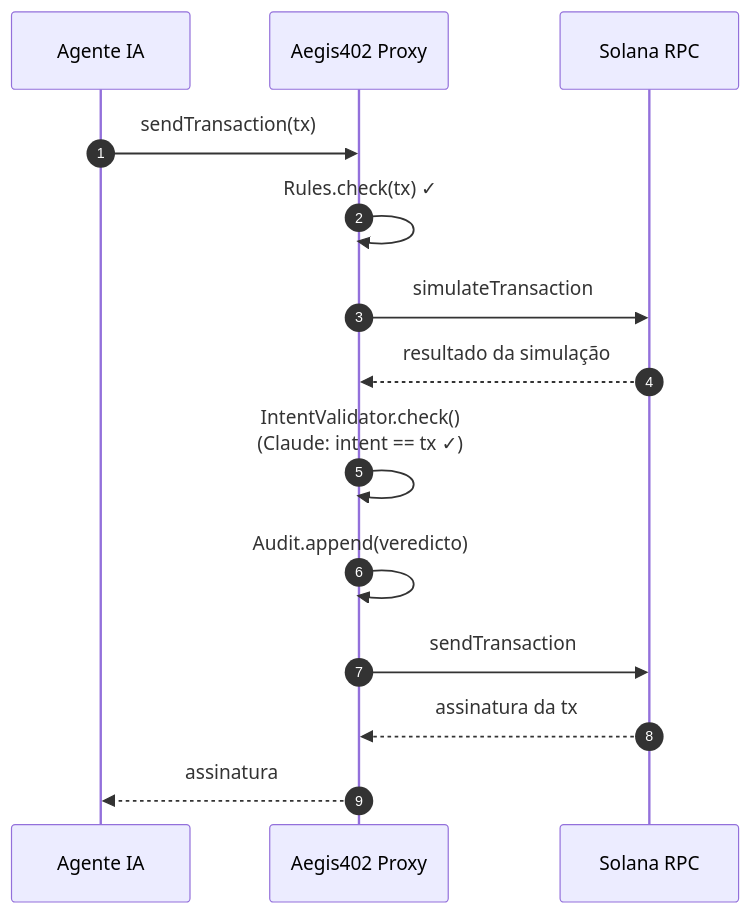
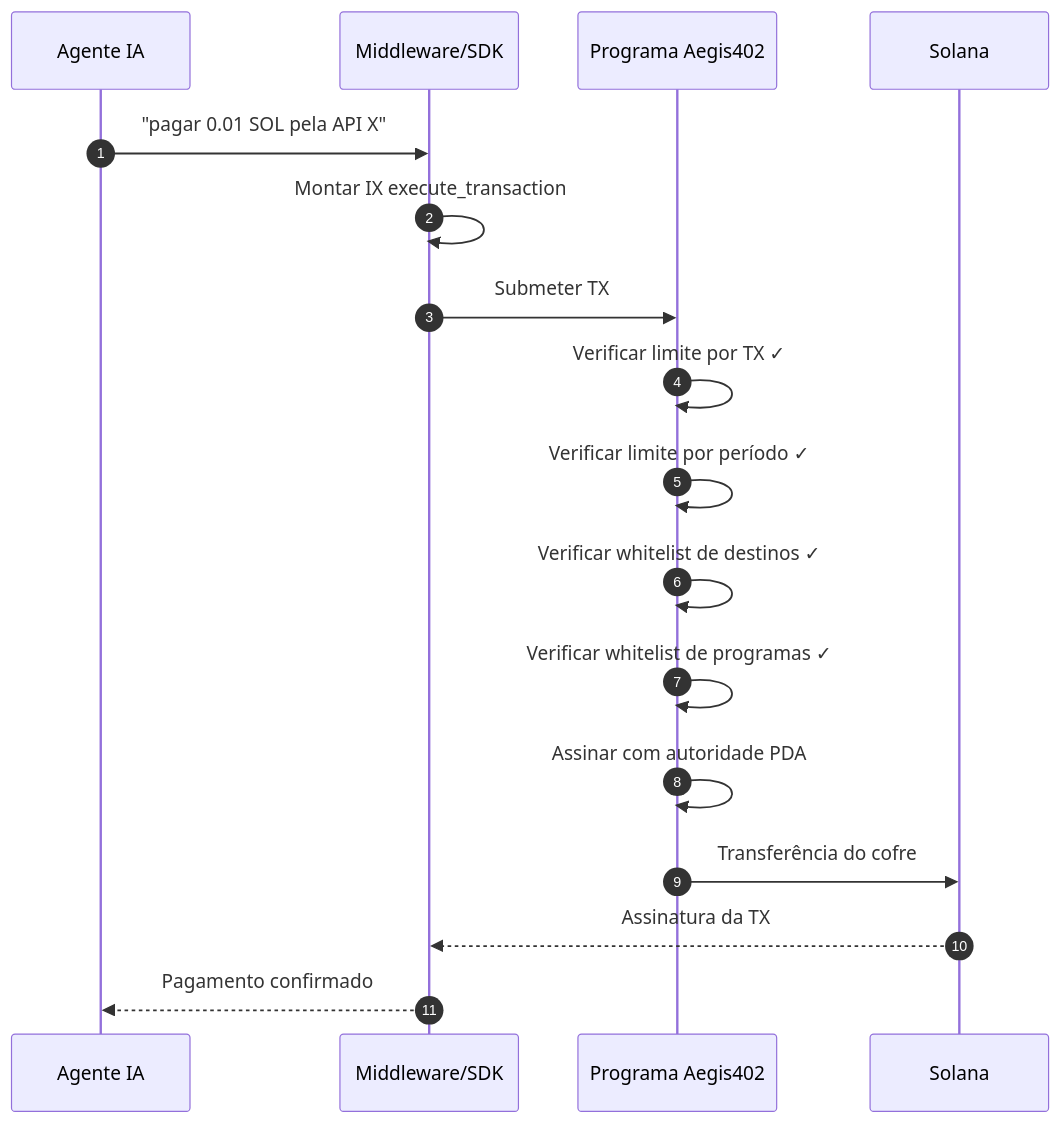
Before and after one commit to mvcavalheirojr/aegis402: the second of 3 diagrams in docs/ARCHITECTURE.pt-BR.md, drawn with Mermaid. The commit also changed other lines of this file and 5 other files, not shown here.

First line of the commit message:
docs: pivot architecture to on-chain PDA vaults with Anchor

````diff
--- a/docs/ARCHITECTURE.pt-BR.md
+++ b/docs/ARCHITECTURE.pt-BR.md
@@ -67,17 +95,20 @@
 ```mermaid
 sequenceDiagram
     autonumber
     participant A as Agente IA
-    participant X as Aegis402 Proxy
-    participant S as Solana RPC
+    participant M as Middleware/SDK
+    participant P as Programa Aegis402
+    participant S as Solana
 
-    A->>X: sendTransaction(tx)
-    X->>X: Rules.check(tx) ✓
-    X->>S: simulateTransaction
-    S-->>X: resultado da simulação
-    X->>X: IntentValidator.check()<br/>(Claude: intent == tx ✓)
-    X->>X: Audit.append(veredicto)
-    X->>S: sendTransaction
-    S-->>X: assinatura da tx
-    X-->>A: assinatura
+    A->>M: "pagar 0.01 SOL pela API X"
+    M->>M: Montar IX execute_transaction
+    M->>P: Submeter TX
+    P->>P: Verificar limite por TX ✓
+    P->>P: Verificar limite por período ✓
+    P->>P: Verificar whitelist de destinos ✓
+    P->>P: Verificar whitelist de programas ✓
+    P->>P: Assinar com autoridade PDA
+    P->>S: Transferência do cofre
+    S-->>M: Assinatura da TX
+    M-->>A: Pagamento confirmado
 ```
````
